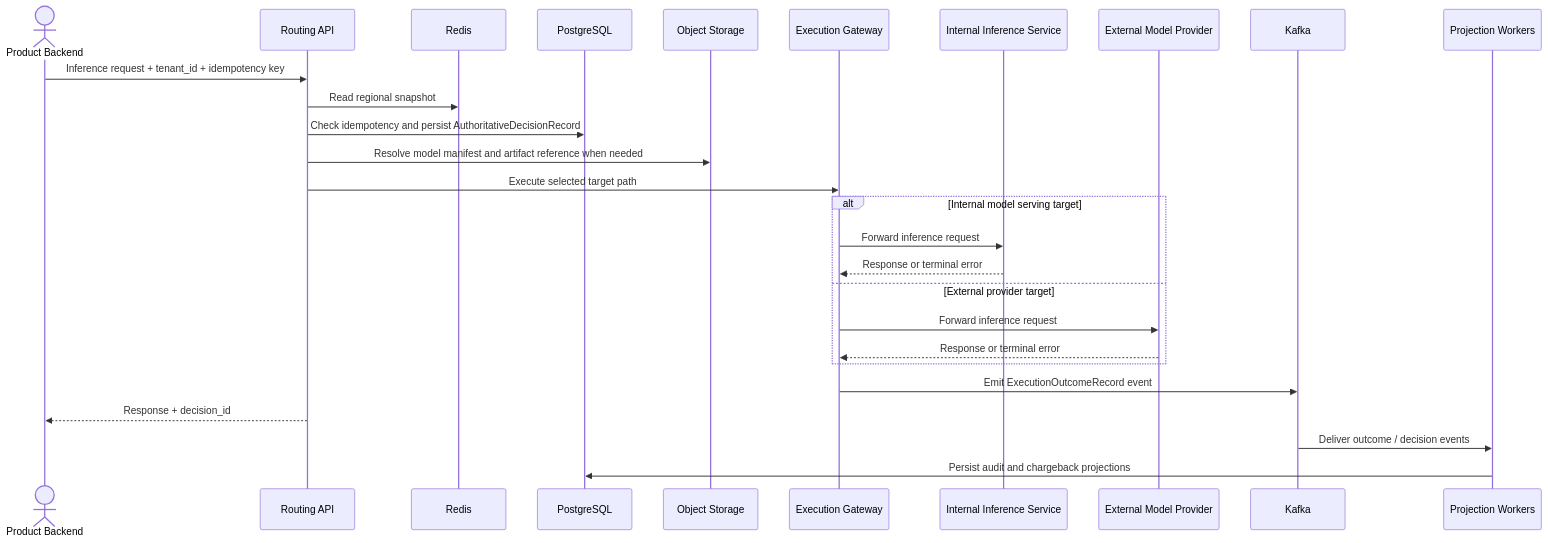
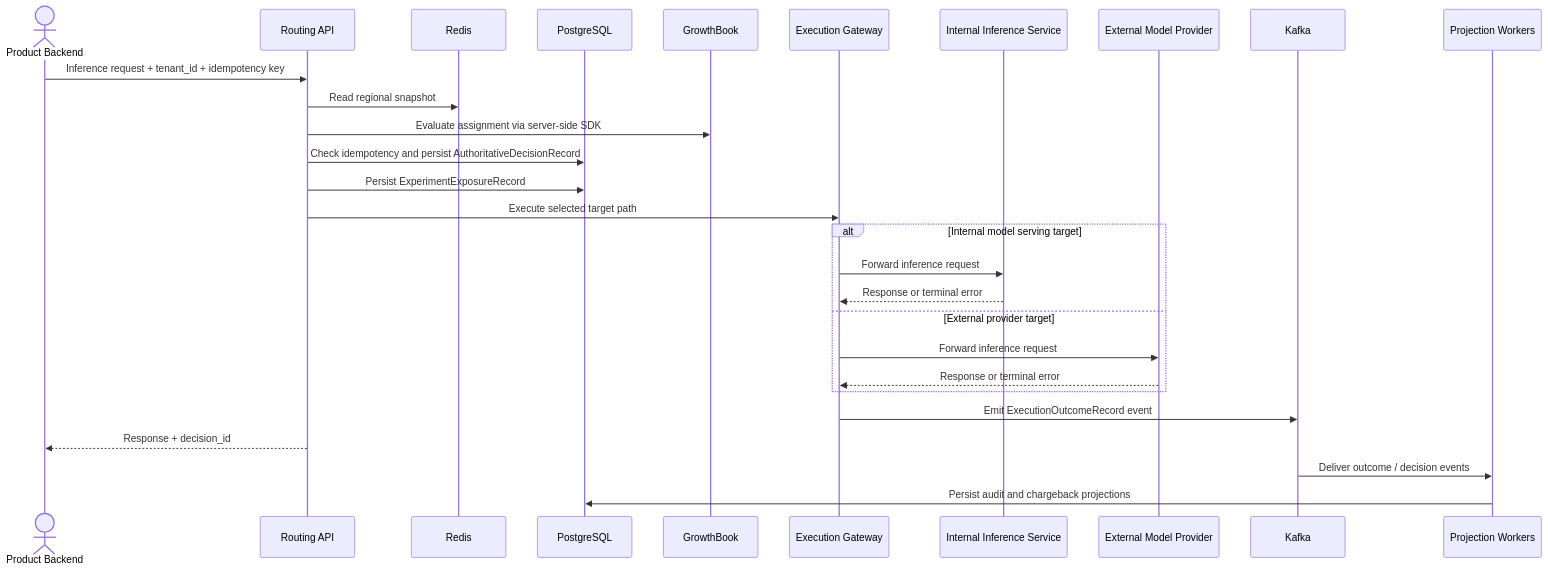
Before and after one commit to brandon-benge/example-model-routing: the fourth of 5 diagrams in README.md, drawn with Mermaid. The commit also changed other lines of this file and 6 other files, not shown here.

````diff
--- a/README.md
+++ b/README.md
@@ -123,30 +127,31 @@
 ```mermaid
 sequenceDiagram
     actor App as Product Backend
     participant Route as Routing API
     participant Cache as Redis
     participant DB as PostgreSQL
-    participant Obj as Object Storage
+    participant GB as GrowthBook
     participant Exec as Execution Gateway
     participant Internal as Internal Inference Service
     participant Provider as External Model Provider
     participant Bus as Kafka
     participant Proj as Projection Workers
 
     App->>Route: Inference request + tenant_id + idempotency key
     Route->>Cache: Read regional snapshot
+    Route->>GB: Evaluate assignment via server-side SDK
     Route->>DB: Check idempotency and persist AuthoritativeDecisionRecord
-    Route->>Obj: Resolve model manifest and artifact reference when needed
+    Route->>DB: Persist ExperimentExposureRecord
     Route->>Exec: Execute selected target path
     alt Internal model serving target
         Exec->>Internal: Forward inference request
         Internal-->>Exec: Response or terminal error
     else External provider target
         Exec->>Provider: Forward inference request
         Provider-->>Exec: Response or terminal error
     end
     Exec->>Bus: Emit ExecutionOutcomeRecord event
     Route-->>App: Response + decision_id
     Bus->>Proj: Deliver outcome / decision events
     Proj->>DB: Persist audit and chargeback projections
 ```
````
